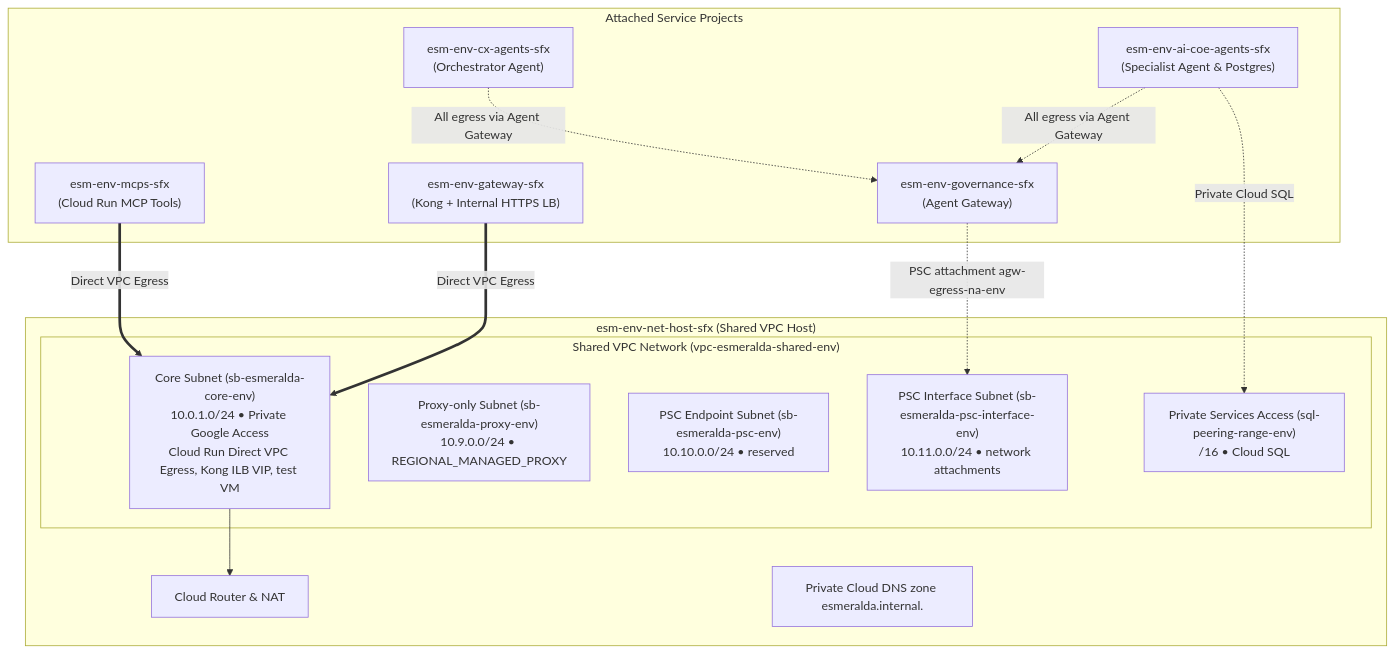
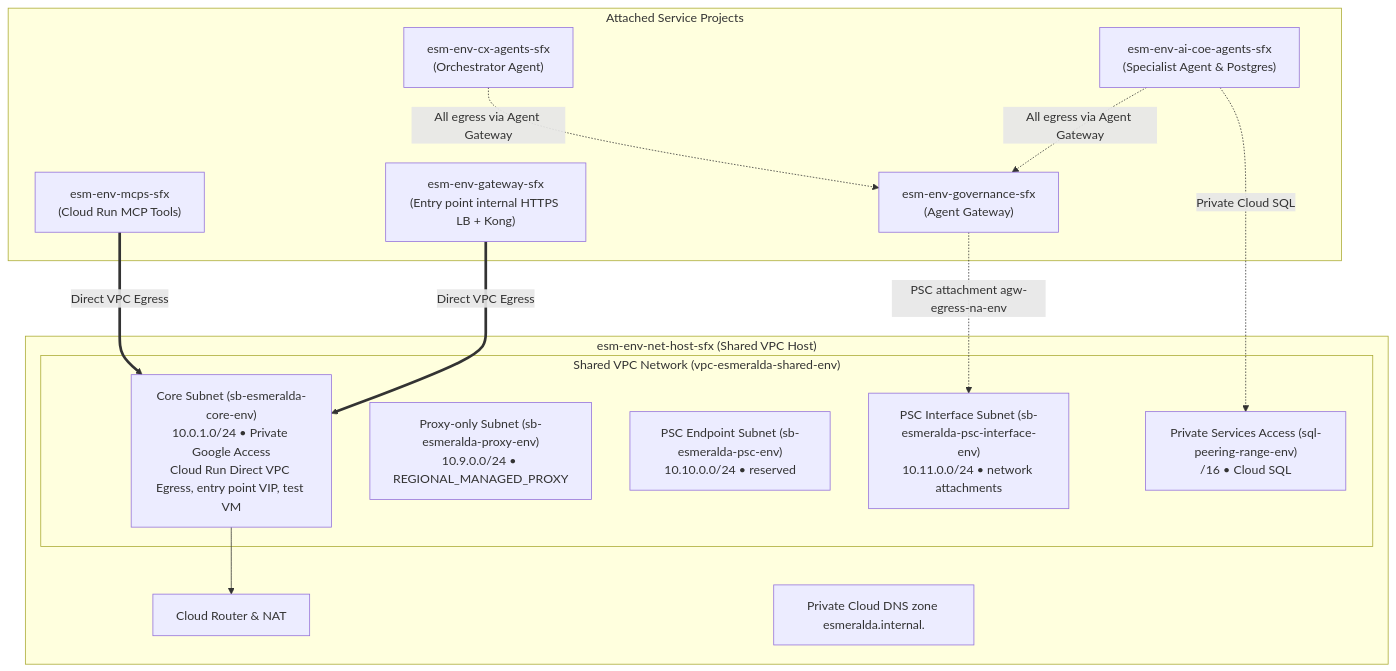
The diagram in docs/src/1-platform-foundations/02-private-networking.md (google/esmeralda), drawn with Mermaid before and after one commit. The commit also changed other lines of this file and 10 other files, not shown here.

First line of the commit message:
docs: describe the entry point, the gateway contract and host-by-host migration

````diff
--- a/docs/src/1-platform-foundations/02-private-networking.md
+++ b/docs/src/1-platform-foundations/02-private-networking.md
@@ -53,29 +53,29 @@
 ```mermaid
 flowchart TD
     subgraph HostProject["esm-env-net-host-sfx (Shared VPC Host)"]
         subgraph VPC["Shared VPC Network (vpc-esmeralda-shared-env)"]
-            SubnetCore["Core Subnet (sb-esmeralda-core-env)<br/>10.0.1.0/24 • Private Google Access<br/>Cloud Run Direct VPC Egress, Kong ILB VIP, test VM"]
+            SubnetCore["Core Subnet (sb-esmeralda-core-env)<br/>10.0.1.0/24 • Private Google Access<br/>Cloud Run Direct VPC Egress, entry point VIP, test VM"]
             SubnetProxy["Proxy-only Subnet (sb-esmeralda-proxy-env)<br/>10.9.0.0/24 • REGIONAL_MANAGED_PROXY"]
             SubnetPSC["PSC Endpoint Subnet (sb-esmeralda-psc-env)<br/>10.10.0.0/24 • reserved"]
             SubnetPSCI["PSC Interface Subnet (sb-esmeralda-psc-interface-env)<br/>10.11.0.0/24 • network attachments"]
             PSA["Private Services Access (sql-peering-range-env)<br/>/16 • Cloud SQL"]
         end
         
         Router["Cloud Router & NAT"]
         DNS["Private Cloud DNS zone esmeralda.internal."]
     end
 
     subgraph ServiceProjects["Attached Service Projects"]
         P_MCP["esm-env-mcps-sfx<br/>(Cloud Run MCP Tools)"]
-        P_GW["esm-env-gateway-sfx<br/>(Kong + Internal HTTPS LB)"]
+        P_GW["esm-env-gateway-sfx<br/>(Entry point internal HTTPS LB + Kong)"]
         P_AICOE["esm-env-ai-coe-agents-sfx<br/>(Specialist Agent & Postgres)"]
         P_CX["esm-env-cx-agents-sfx<br/>(Orchestrator Agent)"]
         P_GOV["esm-env-governance-sfx<br/>(Agent Gateway)"]
     end
 
     P_MCP & P_GW ==>|Direct VPC Egress| SubnetCore
     P_AICOE -.->|Private Cloud SQL| PSA
     P_GOV -.->|"PSC attachment agw-egress-na-env"| SubnetPSCI
     P_CX & P_AICOE -.->|All egress via Agent Gateway| P_GOV
     SubnetCore --> Router
 ```
````
